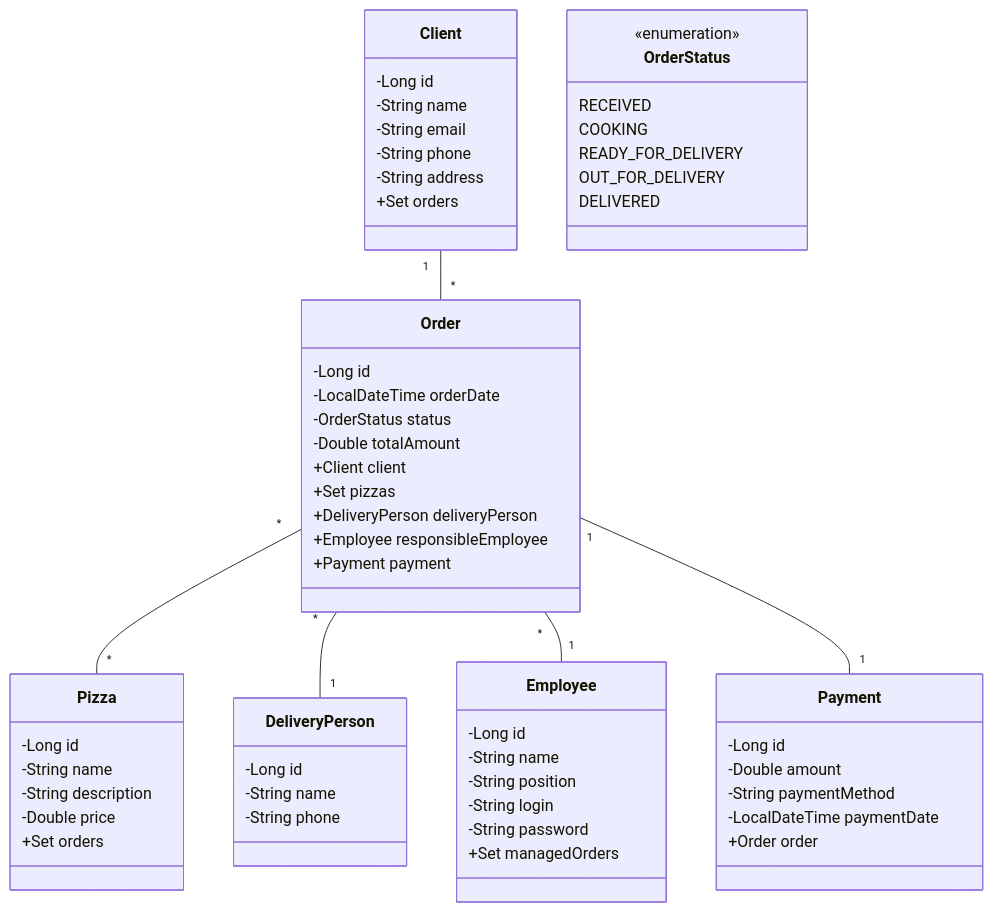
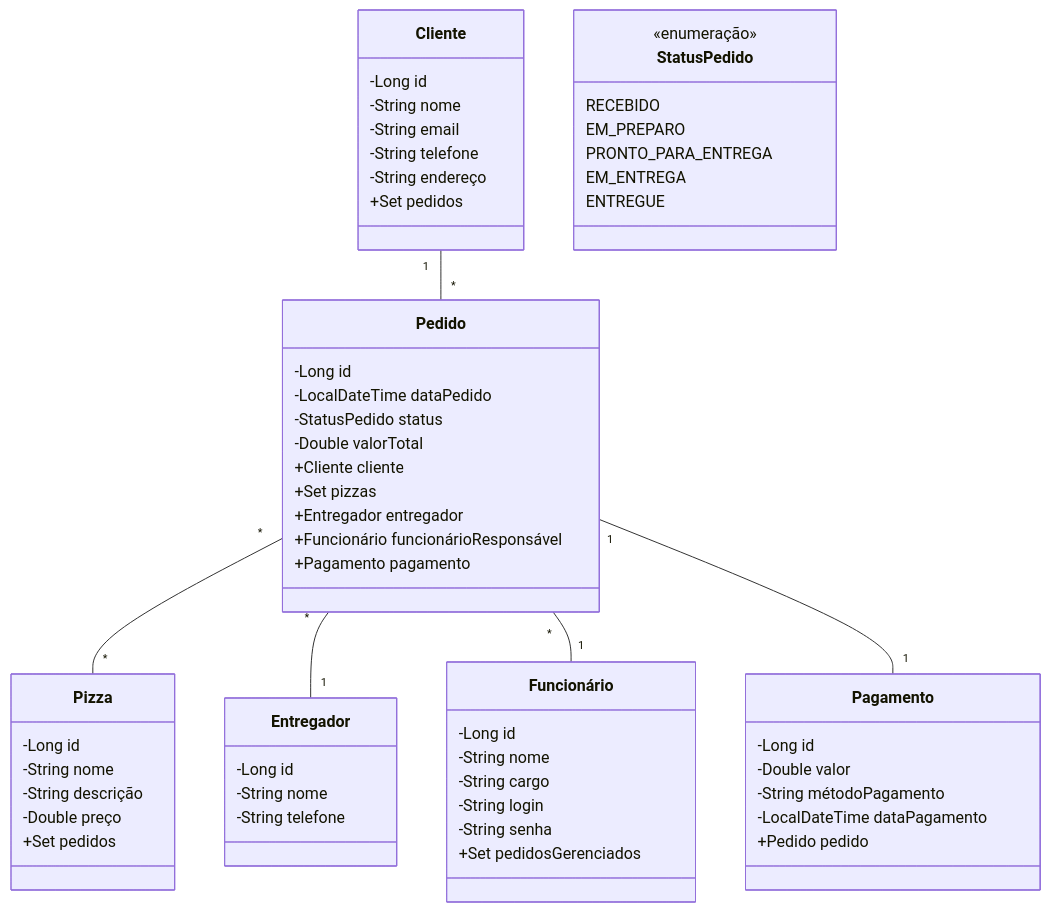
Before and after one commit to gazolla/PizzaOnLine: the diagram in README.md, drawn with Mermaid. The commit also changed other lines of this file, not shown here.

````diff
--- a/README.md
+++ b/README.md
@@ -17,63 +18,63 @@
 ```mermaid
 classDiagram
-    class Client {
+    class Cliente {
         -Long id
-        -String name
+        -String nome
         -String email
-        -String phone
-        -String address
-        +Set<Order> orders
+        -String telefone
+        -String endereço
+        +Set<Pedido> pedidos
     }
-    class Order {
+    class Pedido {
         -Long id
-        -LocalDateTime orderDate
-        -OrderStatus status
-        -Double totalAmount
-        +Client client
+        -LocalDateTime dataPedido
+        -StatusPedido status
+        -Double valorTotal
+        +Cliente cliente
         +Set<Pizza> pizzas
-        +DeliveryPerson deliveryPerson
-        +Employee responsibleEmployee
-        +Payment payment
+        +Entregador entregador
+        +Funcionário funcionárioResponsável
+        +Pagamento pagamento
     }
     class Pizza {
         -Long id
-        -String name
-        -String description
-        -Double price
-        +Set<Order> orders
+        -String nome
+        -String descrição
+        -Double preço
+        +Set<Pedido> pedidos
     }
-    class DeliveryPerson {
+    class Entregador {
         -Long id
-        -String name
-        -String phone
+        -String nome
+        -String telefone
     }
-    class Employee {
+    class Funcionário {
         -Long id
-        -String name
-        -String position
+        -String nome
+        -String cargo
         -String login
-        -String password
-        +Set<Order> managedOrders
+        -String senha
+        +Set<Pedido> pedidosGerenciados
     }
-    class Payment {
+    class Pagamento {
         -Long id
-        -Double amount
-        -String paymentMethod
-        -LocalDateTime paymentDate
-        +Order order
+        -Double valor
+        -String métodoPagamento
+        -LocalDateTime dataPagamento
+        +Pedido pedido
     }
-    class OrderStatus {
-        <<enumeration>>
-        RECEIVED
-        COOKING
-        READY_FOR_DELIVERY
-        OUT_FOR_DELIVERY
-        DELIVERED
+    class StatusPedido {
+        <<enumeração>>
+        RECEBIDO
+        EM_PREPARO
+        PRONTO_PARA_ENTREGA
+        EM_ENTREGA
+        ENTREGUE
     }
 
-    Client "1" -- "*" Order
-    Order "*" -- "*" Pizza
-    Order "*" -- "1" DeliveryPerson
-    Order "*" -- "1" Employee
-    Order "1" -- "1" Payment
+    Cliente "1" -- "*" Pedido
+    Pedido "*" -- "*" Pizza
+    Pedido "*" -- "1" Entregador
+    Pedido "*" -- "1" Funcionário
+    Pedido "1" -- "1" Pagamento
 ```
````
